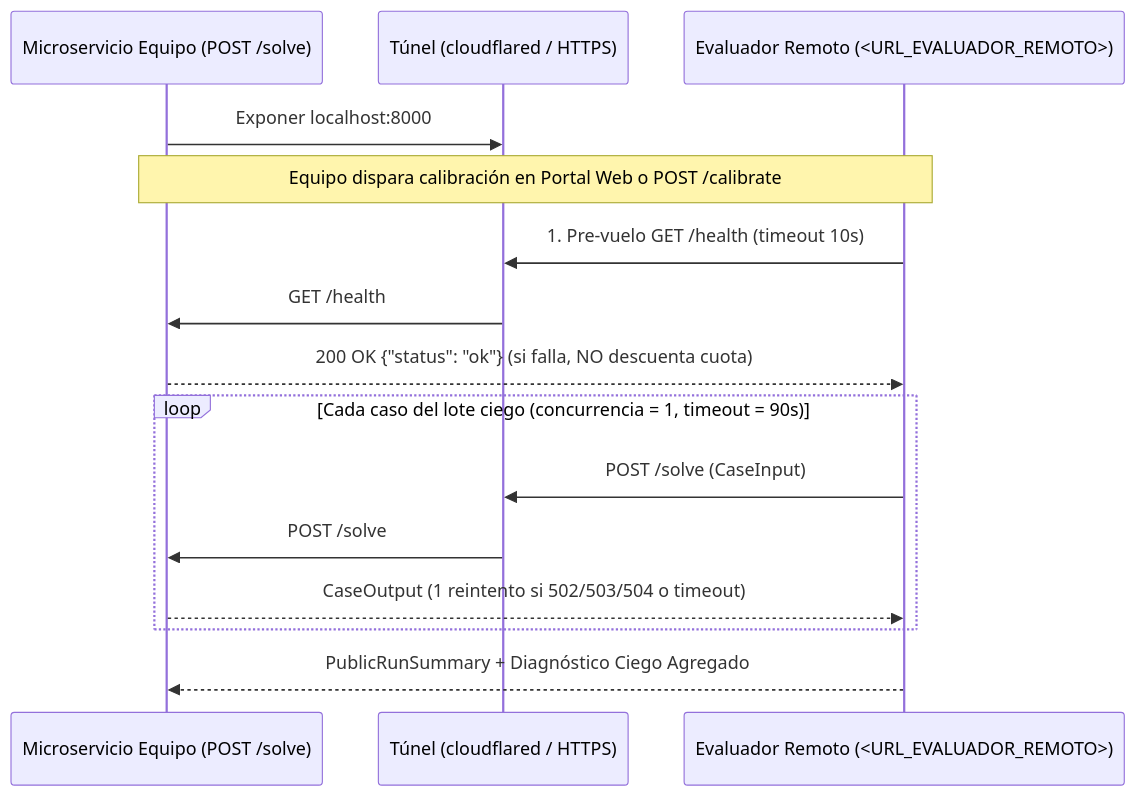
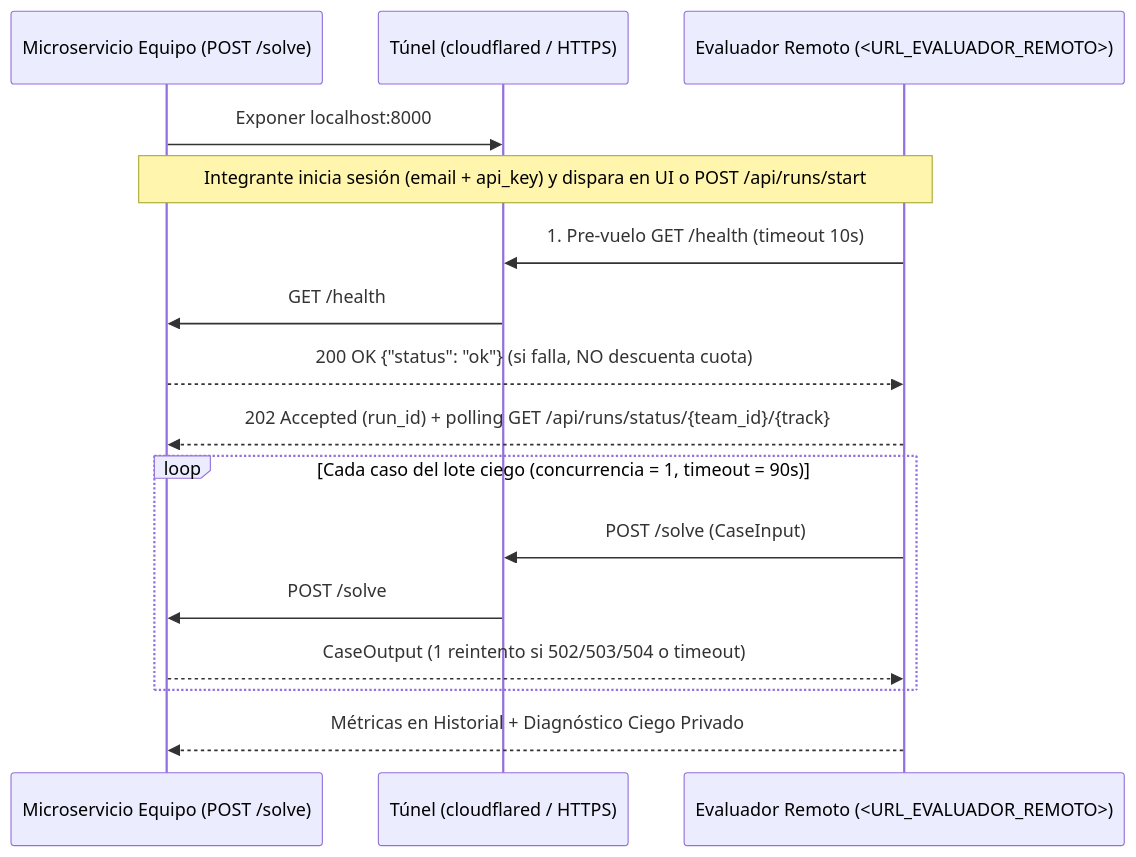
Before and after one commit to chebaperez/aieng-utn-rag-challenge: the fifth of 5 diagrams in docs/GUIA_DIDACTICA.md, drawn with Mermaid. The commit also changed other lines of this file and 3 other files, not shown here.

Commit message:
Update remote evaluator docs to self-registration, email+api_key login, and async /api/runs/start

````diff
--- a/docs/GUIA_DIDACTICA.md
+++ b/docs/GUIA_DIDACTICA.md
@@ -467,18 +476,19 @@
 ```mermaid
 sequenceDiagram
     participant Eq as Microservicio Equipo (POST /solve)
     participant Tun as Túnel (cloudflared / HTTPS)
     participant Eval as Evaluador Remoto (<URL_EVALUADOR_REMOTO>)
 
     Eq->>Tun: Exponer localhost:8000
-    Note over Eq,Eval: Equipo dispara calibración en Portal Web o POST /calibrate
+    Note over Eq,Eval: Integrante inicia sesión (email + api_key) y dispara en UI o POST /api/runs/start
     Eval->>Tun: 1. Pre-vuelo GET /health (timeout 10s)
     Tun->>Eq: GET /health
     Eq-->>Eval: 200 OK {"status": "ok"} (si falla, NO descuenta cuota)
+    Eval-->>Eq: 202 Accepted (run_id) + polling GET /api/runs/status/{team_id}/{track}
     loop Cada caso del lote ciego (concurrencia = 1, timeout = 90s)
         Eval->>Tun: POST /solve (CaseInput)
         Tun->>Eq: POST /solve
         Eq-->>Eval: CaseOutput (1 reintento si 502/503/504 o timeout)
     end
-    Eval-->>Eq: PublicRunSummary + Diagnóstico Ciego Agregado
+    Eval-->>Eq: Métricas en Historial + Diagnóstico Ciego Privado
 ```
````
